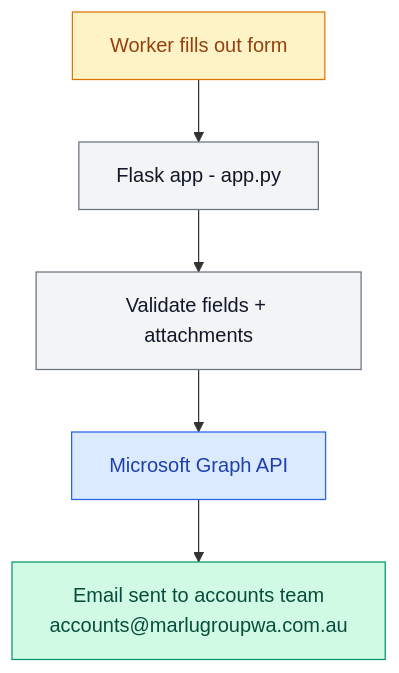
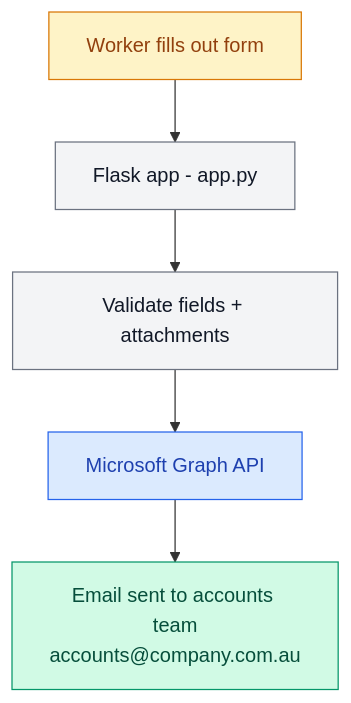
Before and after one commit to Pearlluo/payroll-query-system: the diagram in README.md, drawn with Mermaid.

Commit message:
Sanitize README: replace internal identifiers with placeholders

````diff
--- a/README.md
+++ b/README.md
@@ -7,17 +7,17 @@
 ```mermaid
 flowchart TD
     W[Worker fills out form] --> F[Flask app - app.py]
     F --> V[Validate fields + attachments]
     V --> G[Microsoft Graph API]
-    G --> E[Email sent to accounts team\naccounts@marlugroupwa.com.au]
+    G --> E[Email sent to accounts team\naccounts@company.com.au]
 
     classDef blue fill:#dbeafe,stroke:#2563eb,color:#1e40af
     classDef green fill:#d1fae5,stroke:#059669,color:#064e3b
     classDef amber fill:#fef3c7,stroke:#d97706,color:#92400e
     classDef gray fill:#f3f4f6,stroke:#6b7280,color:#111827
 
     class W amber
     class F,V gray
     class G blue
     class E green
 ```
````
